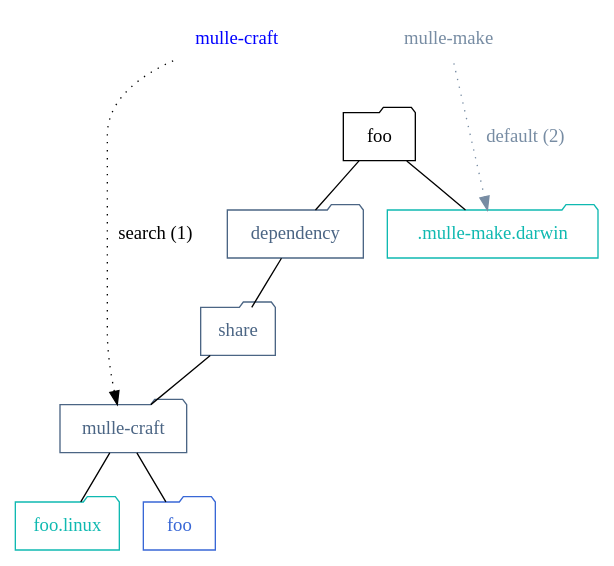
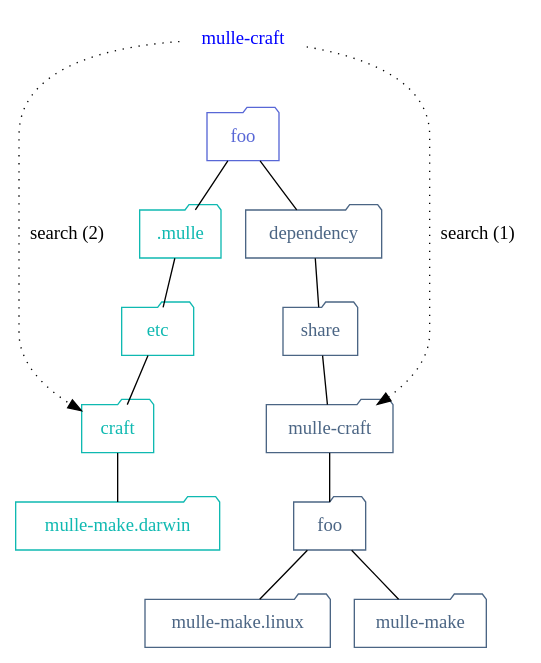
The diagram in dox/searchpath.dot (mulle-sde/mulle-craft), drawn with Graphviz before and after one commit. The commit also changed 19 other files, not shown here.

Commit message:
* mulle-craft can now build for multiple platforms * added a searchpath command

```diff
--- a/dox/searchpath.dot
+++ b/dox/searchpath.dot
@@ -1,40 +1,33 @@
 digraph G {
     graph [rankdir = TD];
 
     { rank="same" ; "mulle-craft" }
 
     "mulle-craft"   [ shape="none", fontcolor="blue" ]
-    "mulle-make"   [ shape="none", fontcolor="#778ca3" ]
+
+    edge[  arrowhead="none", color="black"];
 
     node[ shape=folder, color="#0fb9b1", fontcolor="#0fb9b1"];
 
-    ".mulle-make.darwin"   [ label=".mulle-make.darwin"]
-    "foo2.linux"           [ label="foo.linux"]
-    "foo2"                  [ label="foo", fontcolor="#3867d6", color="#3867d6" ]
+    "foo"           [ label="foo", fontcolor="#5867d6", color="#5867d6" ]
 
-    node[ shape=folder, color="#7f8c8d", fontcolor="#7f8c8d"];
-    edge[ arrowhead="none", color="#7f8c8d"];
-
-
-    edge[  arrowhead="none", color="black"];
-    node[ shape=folder, color="black", fontcolor="black"];
-
-    "foo"          -> ".mulle-make.darwin"
+    "foo" -> ".mulle"  -> "etc"  -> "craft"  -> "mulle-make.darwin"
 
     node[ shape=folder, color="#4b6584", fontcolor="#4b6584"];
 
-    "foo"          -> "dependency"
-    "dependency"   -> "share"
-    "share"        -> "mulle-craft1"
-    "mulle-craft1" -> "foo2.linux"
-    "mulle-craft1" -> "foo2"
+    "foo" -> "dependency"  -> "share"  -> "mulle-craft1" -> "foo2"
+
+    "foo2"          [ label="foo" ]
+
+    "foo2"         -> "mulle-make.linux"
+    "foo2"         -> "mulle-make"
+
     "mulle-craft1"  [ label="mulle-craft"]
 
     edge[ style="dotted", arrowhead=""]
 
     "mulle-craft" -> "foo"   [ style="invis" ]
-    "mulle-make"  -> "foo"   [ style="invis" ]
 
     "mulle-craft" -> "mulle-craft1"        [ label="search (1)" ]
-    "mulle-make"  -> ".mulle-make.darwin"  [ label="default (2)", color="#778ca3", fontcolor="#778ca3"  ]
+    "mulle-craft" -> "craft"               [ label="search (2)" ]
 }
```
